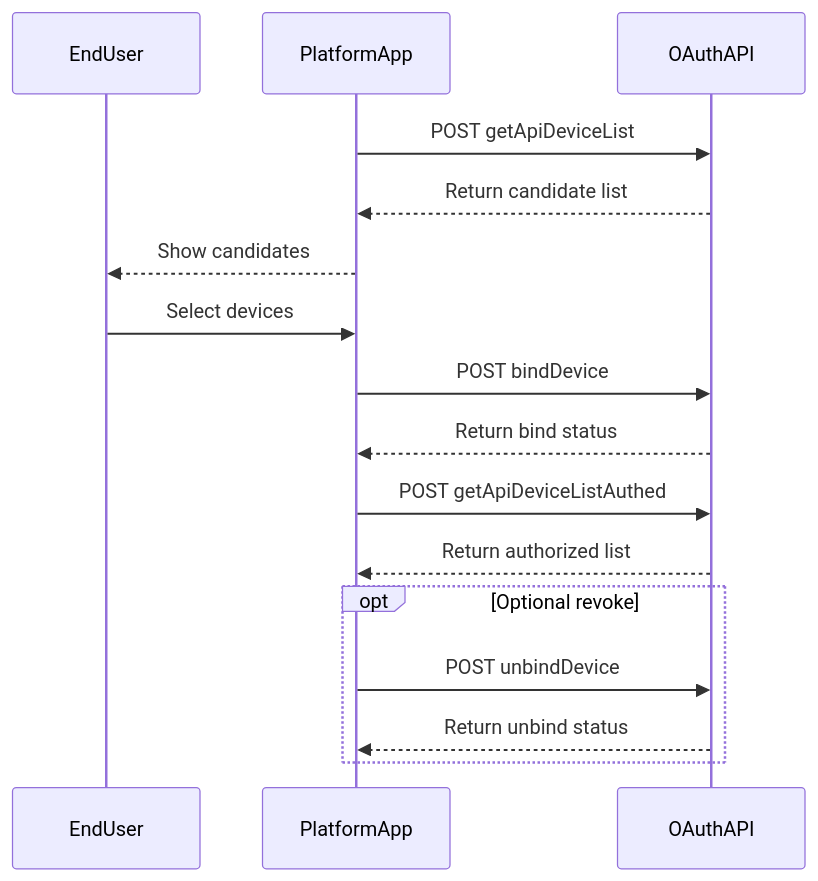
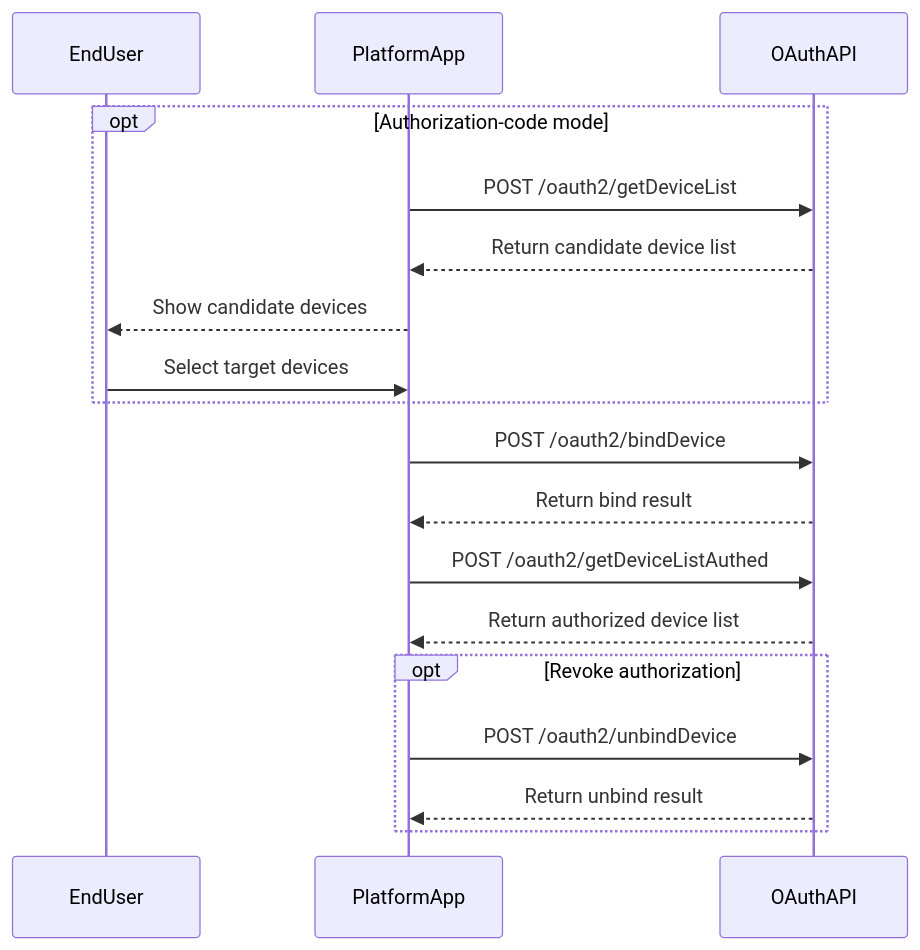
The diagram in Growatt API/OPENAPI/04_api_device_auth.md (EugeneJian/growatt-unified-api), drawn with Mermaid before and after one commit. The commit also changed other lines of this file and 26 other files, not shown here.

````diff
--- a/Growatt API/OPENAPI/04_api_device_auth.md
+++ b/Growatt API/OPENAPI/04_api_device_auth.md
@@ -15,20 +7,22 @@
 ```mermaid
 %% 本代码严格遵循AI生成Mermaid代码的终极准则v4.1（Mermaid终极大师）
 sequenceDiagram
     participant User as EndUser
     participant Client as PlatformApp
     participant API as OAuthAPI
 
-    Client->>API: POST getApiDeviceList
-    API-->>Client: Return candidate list
-    Client-->>User: Show candidates
-    User->>Client: Select devices
-    Client->>API: POST bindDevice
-    API-->>Client: Return bind status
-    Client->>API: POST getApiDeviceListAuthed
-    API-->>Client: Return authorized list
-    opt Optional revoke
-        Client->>API: POST unbindDevice
-        API-->>Client: Return unbind status
+    opt Authorization-code mode
+        Client->>API: POST /oauth2/getDeviceList
+        API-->>Client: Return candidate device list
+        Client-->>User: Show candidate devices
+        User->>Client: Select target devices
+    end
+    Client->>API: POST /oauth2/bindDevice
+    API-->>Client: Return bind result
+    Client->>API: POST /oauth2/getDeviceListAuthed
+    API-->>Client: Return authorized device list
+    opt Revoke authorization
+        Client->>API: POST /oauth2/unbindDevice
+        API-->>Client: Return unbind result
     end
 ```
````
